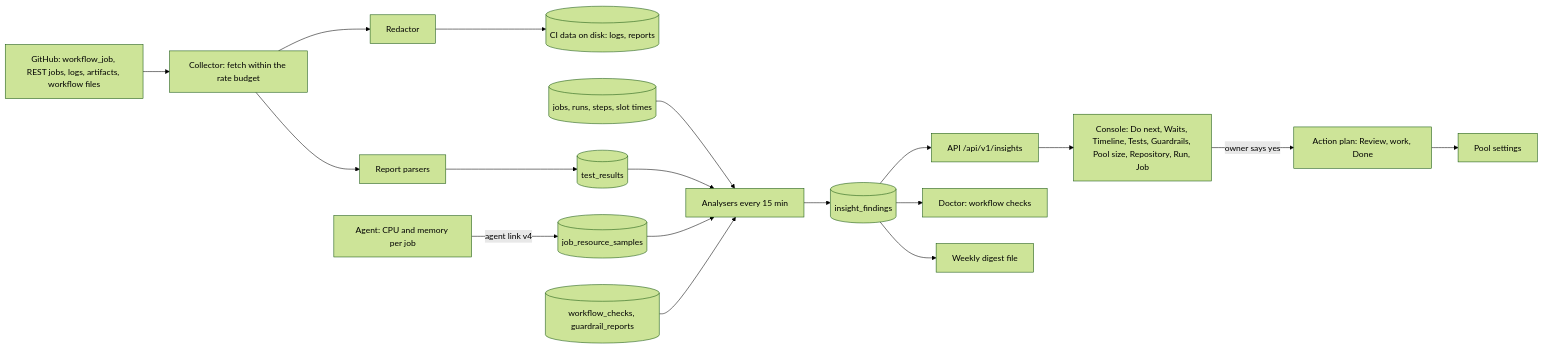
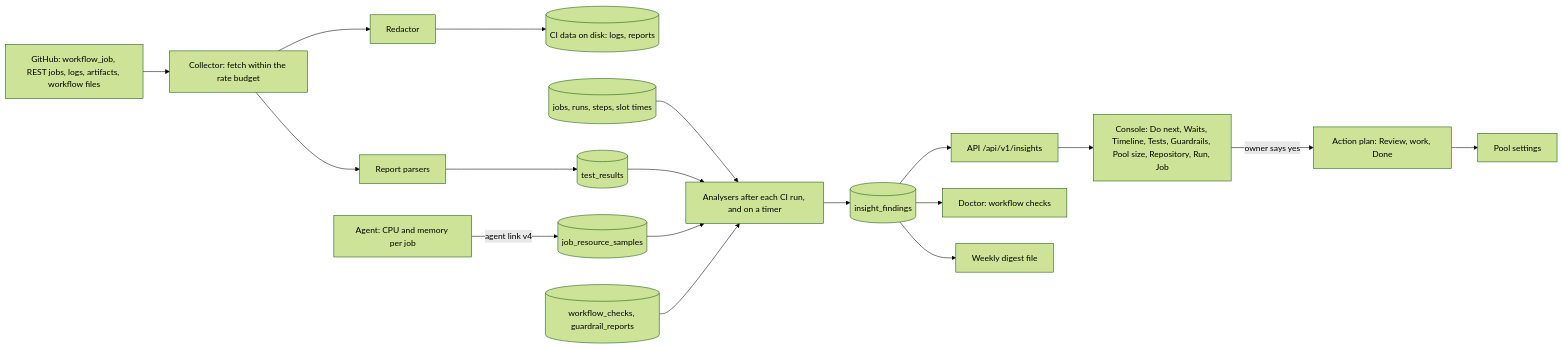
One commit to luis-mc/ci-runners-pool changed the diagram in docs/features/ci-run-insights/spec.md. Above: the diagram before and after it, drawn with Mermaid (forest theme). The commit also changed other lines of this file and 11 other files, not shown here.

````diff
--- a/docs/features/ci-run-insights/spec.md
+++ b/docs/features/ci-run-insights/spec.md
@@ -54,16 +54,16 @@
 ```mermaid
 flowchart LR
   gh[GitHub: workflow_job, REST jobs, logs, artifacts, workflow files] --> col[Collector: fetch within the rate budget]
   col --> red[Redactor] --> vault[(CI data on disk: logs, reports)]
   col --> parse[Report parsers] --> tr[(test_results)]
   ag[Agent: CPU and memory per job] -->|agent link v4| res[(job_resource_samples)]
   jobs[(jobs, runs, steps, slot times)] --> an
   tr --> an
   res --> an
   wf[(workflow_checks, guardrail_reports)] --> an
-  an[Analysers every 15 min] --> fs[(insight_findings)]
+  an[Analysers after each CI run, and on a timer] --> fs[(insight_findings)]
   fs --> api[API /api/v1/insights] --> web[Console: Do next, Waits, Timeline, Tests, Guardrails, Pool size, Repository, Run, Job]
   fs --> doc[Doctor: workflow checks]
   fs --> dig[Weekly digest file]
   web -->|owner says yes| plan[Action plan: Review, work, Done] --> pool[Pool settings]
 ```
````
